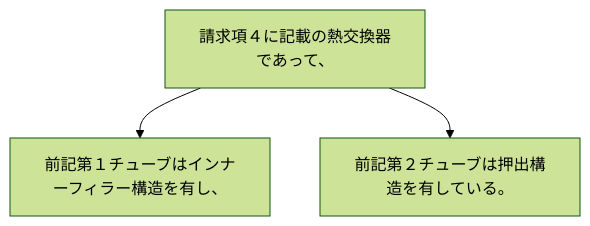
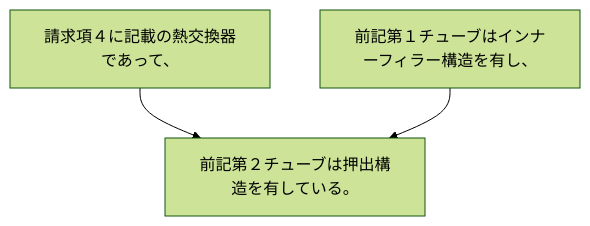
The diagram in 2024/JP2024007944A/claim_5/README.md (shinmori55/patent_analyzed), drawn with Mermaid (forest theme) before and after one commit. The commit also changed 11 other files, not shown here.

````diff
--- a/2024/JP2024007944A/claim_5/README.md
+++ b/2024/JP2024007944A/claim_5/README.md
@@ -3,8 +3,8 @@
 ```mermaid
 flowchart TD
 A[請求項４に記載の熱交換器であって、]
 B[前記第１チューブはインナーフィラー構造を有し、]
 C[前記第２チューブは押出構造を有している。]
-A --> B
 A --> C
+B --> C
 ```
````
